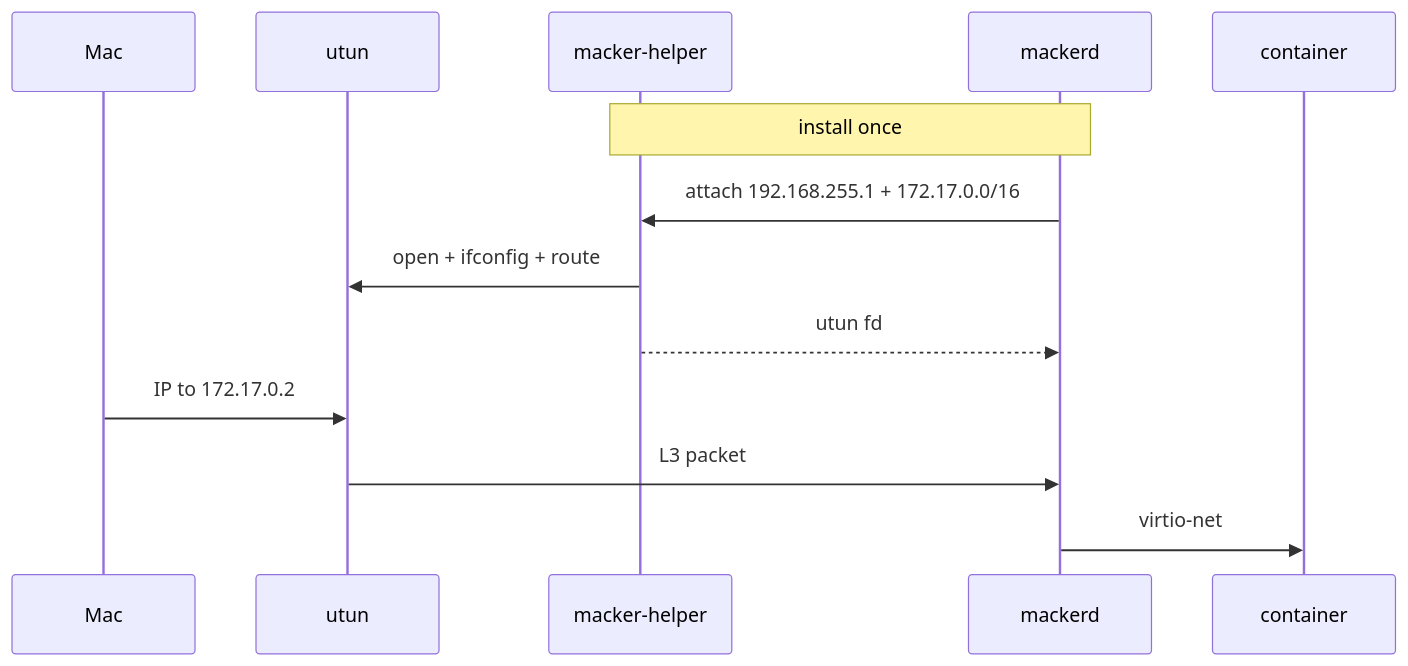
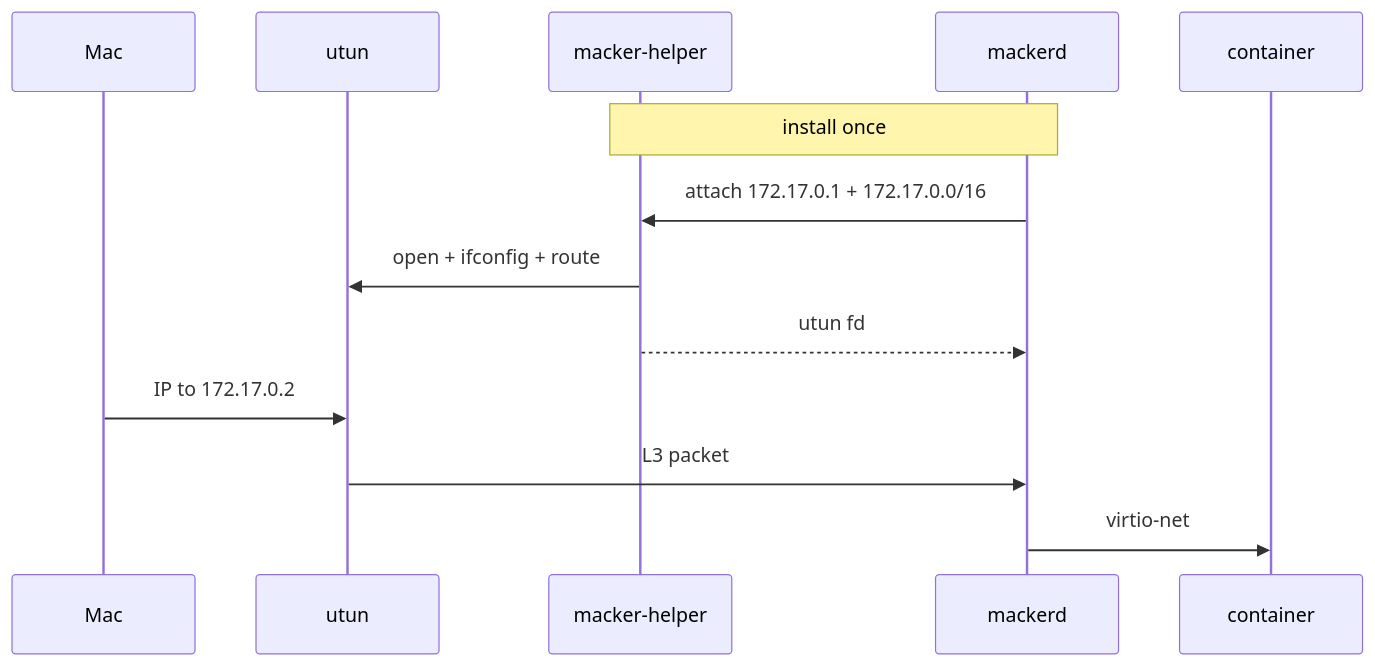
The third of 4 diagrams in docs/networking.md (macker-io/macker), drawn with Mermaid before and after one commit. The commit also changed other lines of this file and 38 other files, not shown here.

````diff
--- a/docs/networking.md
+++ b/docs/networking.md
@@ -107,16 +110,16 @@
 ```mermaid
 sequenceDiagram
   participant Mac
   participant Utun as utun
   participant Helper as macker-helper
   participant Daemon as mackerd
   participant Guest as container
 
   Note over Helper,Daemon: install once
-  Daemon->>Helper: attach 192.168.255.1 + 172.17.0.0/16
+  Daemon->>Helper: attach 172.17.0.1 + 172.17.0.0/16
   Helper->>Utun: open + ifconfig + route
   Helper-->>Daemon: utun fd
   Mac->>Utun: IP to 172.17.0.2
   Utun->>Daemon: L3 packet
   Daemon->>Guest: virtio-net
 ```
````
